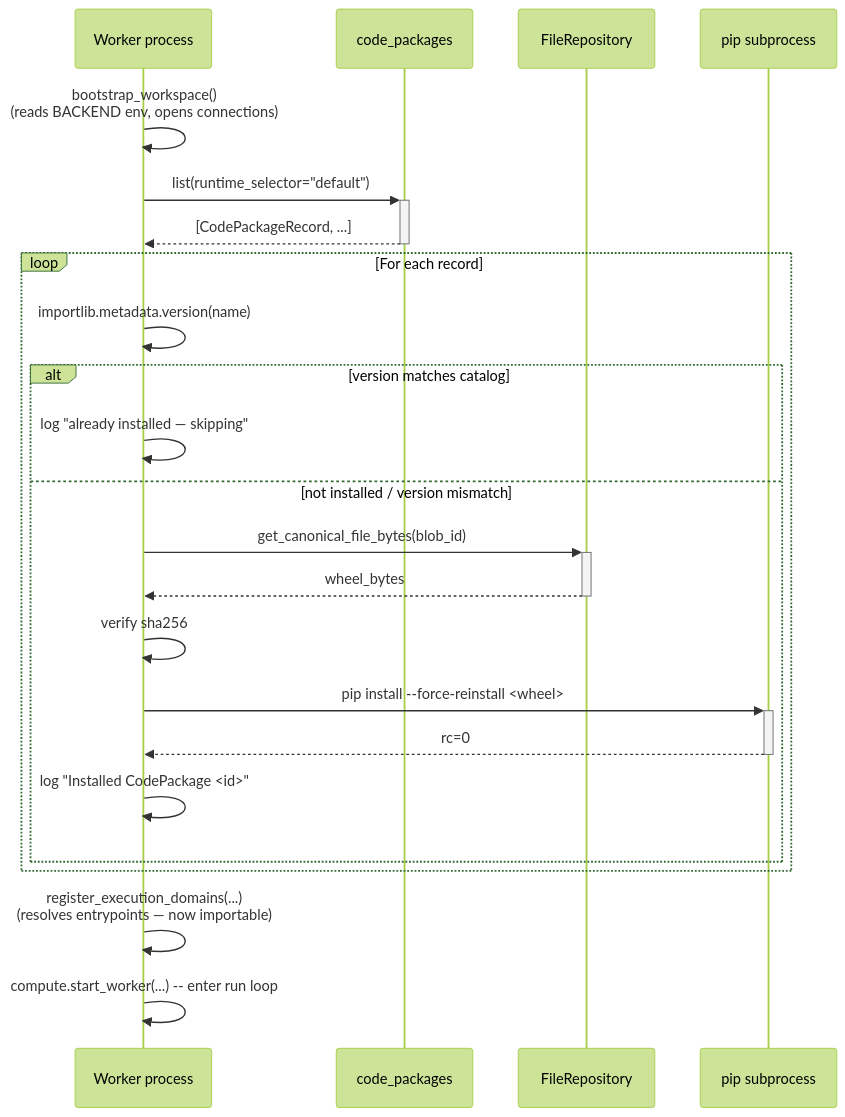
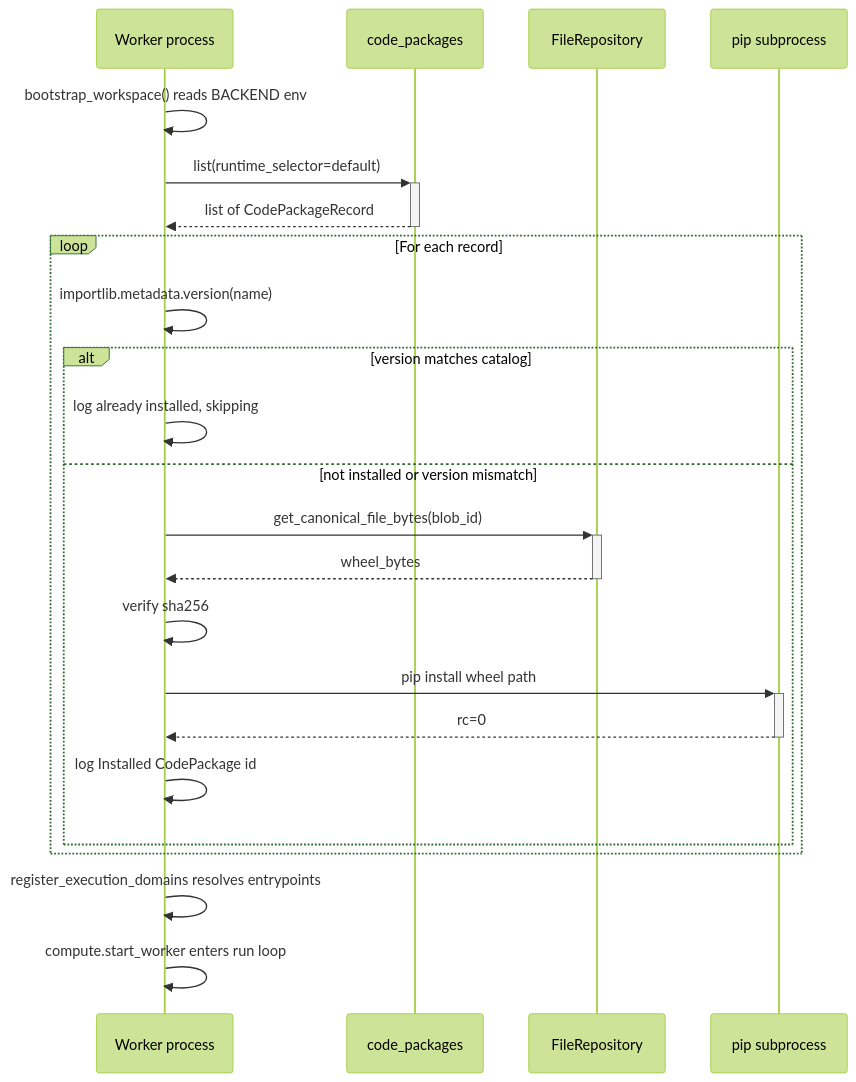
The third of 6 diagrams in docs/architecture.md (sepoul/ai-platform), drawn with Mermaid (forest theme) before and after one commit. The commit also changed other lines of this file, not shown here.

First line of the commit message:
docs(architecture): fix mermaid diagrams not rendering on GitHub

````diff
--- a/docs/architecture.md
+++ b/docs/architecture.md
@@ -180,26 +180,26 @@
 ```mermaid
 sequenceDiagram
     participant W as Worker process
     participant CPC as code_packages
     participant FR as FileRepository
     participant Pip as pip subprocess
 
-    W->>W: bootstrap_workspace()<br/>(reads BACKEND env, opens connections)
-    W->>+CPC: list(runtime_selector="default")
-    CPC-->>-W: [CodePackageRecord, ...]
+    W->>W: bootstrap_workspace() reads BACKEND env
+    W->>+CPC: list(runtime_selector=default)
+    CPC-->>-W: list of CodePackageRecord
     loop For each record
         W->>W: importlib.metadata.version(name)
         alt version matches catalog
-            W->>W: log "already installed — skipping"
-        else not installed / version mismatch
+            W->>W: log already installed, skipping
+        else not installed or version mismatch
             W->>+FR: get_canonical_file_bytes(blob_id)
             FR-->>-W: wheel_bytes
             W->>W: verify sha256
-            W->>+Pip: pip install --force-reinstall <wheel>
+            W->>+Pip: pip install wheel path
             Pip-->>-W: rc=0
-            W->>W: log "Installed CodePackage <id>"
+            W->>W: log Installed CodePackage id
         end
     end
-    W->>W: register_execution_domains(...)<br/>(resolves entrypoints — now importable)
-    W->>W: compute.start_worker(...)  -- enter run loop
+    W->>W: register_execution_domains resolves entrypoints
+    W->>W: compute.start_worker enters run loop
 ```
````
